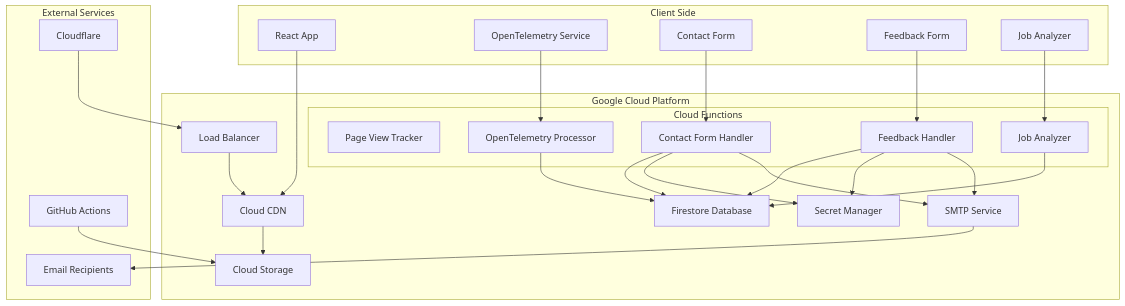
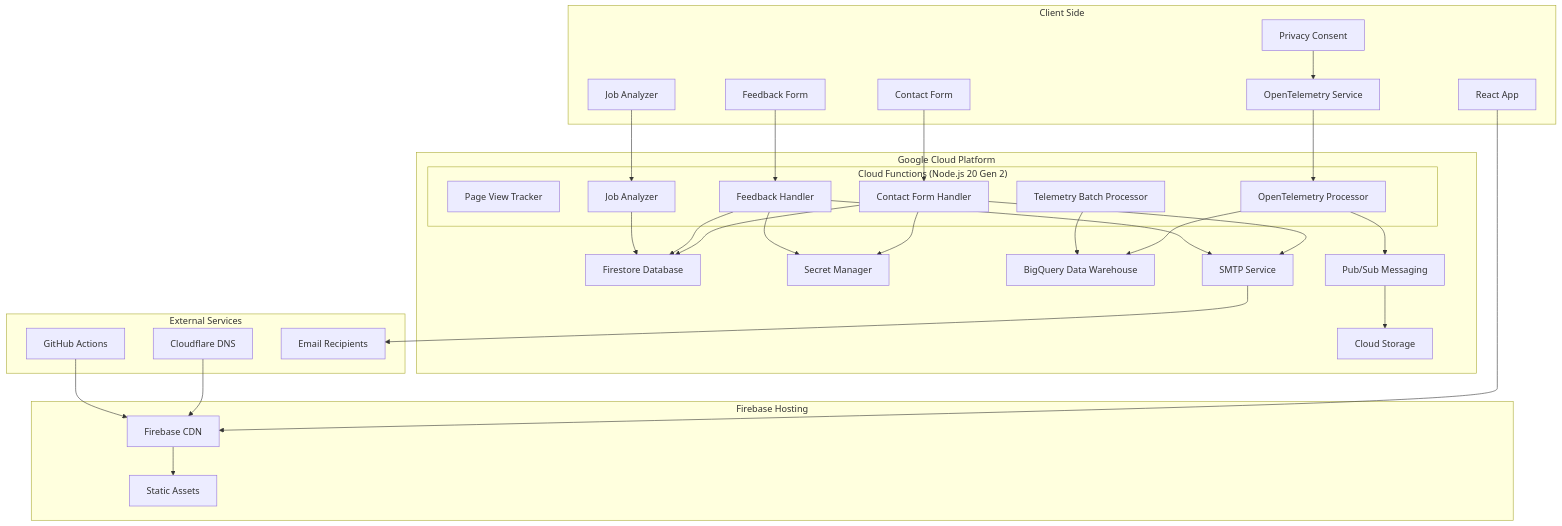
One commit to Sudhan30/my-portfolio-website changed the first of 2 diagrams in README.md. Above: the diagram before and after it, drawn with Mermaid. The commit also changed other lines of this file and 1 other file, not shown here.

````diff
--- a/README.md
+++ b/README.md
@@ -73,56 +76,65 @@
 ```mermaid
 graph TB
     subgraph "Client Side"
         A[React App]
         B[OpenTelemetry Service]
         C[Contact Form]
         D[Feedback Form]
         E[Job Analyzer]
+        F[Privacy Consent]
+    end
+
+    subgraph "Firebase Hosting"
+        G[Firebase CDN]
+        H[Static Assets]
     end
 
     subgraph "Google Cloud Platform"
-        F[Cloud CDN]
-        G[Cloud Storage]
-        H[Load Balancer]
-        
-        subgraph "Cloud Functions"
+        subgraph "Cloud Functions (Node.js 20 Gen 2)"
             I[Page View Tracker]
             J[Contact Form Handler]
             K[Feedback Handler]
             L[Job Analyzer]
             M[OpenTelemetry Processor]
+            N[Telemetry Batch Processor]
         end
         
-        N[Firestore Database]
-        O[Secret Manager]
-        P[SMTP Service]
+        O[Firestore Database]
+        P[Secret Manager]
+        Q[BigQuery Data Warehouse]
+        R[Cloud Storage]
+        S[Pub/Sub Messaging]
+        T[SMTP Service]
     end
 
     subgraph "External Services"
-        Q[Cloudflare]
-        R[GitHub Actions]
-        S[Email Recipients]
+        U[Cloudflare DNS]
+        V[GitHub Actions]
+        W[Email Recipients]
     end
 
-    A --> F
-    F --> G
-    Q --> H
-    H --> F
-    
+    A --> G
+    F --> B
+    B --> M
     C --> J
     D --> K
     E --> L
-    B --> M
     
-    J --> N
+    G --> H
+    U --> G
+    
     J --> O
     J --> P
-    K --> N
+    J --> T
     K --> O
     K --> P
-    L --> N
-    M --> N
+    K --> T
+    L --> O
+    M --> Q
+    M --> S
+    N --> Q
+    S --> R
     
-    P --> S
-    R --> G
+    T --> W
+    V --> G
 ```
````
